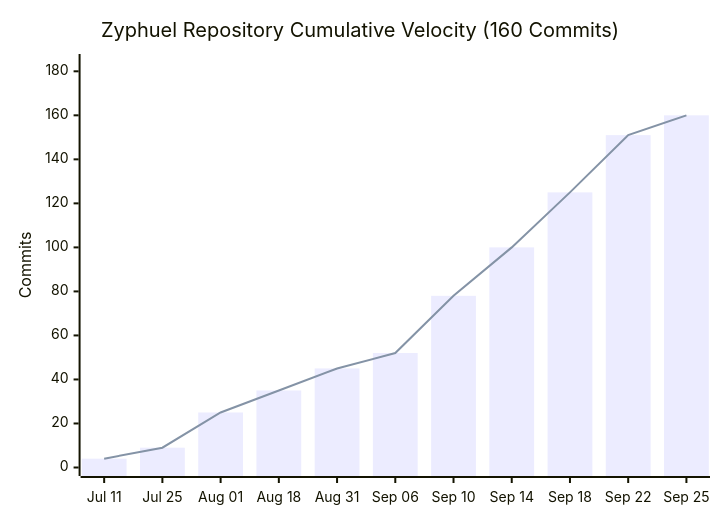
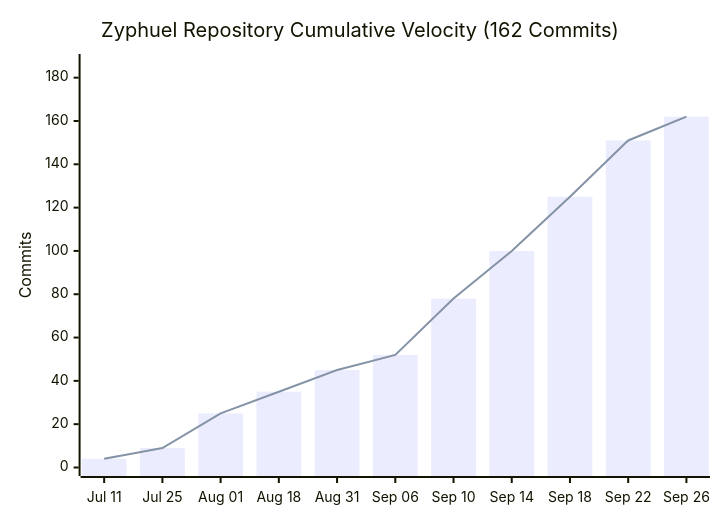
One commit to daniyal44/Zyphuel changed the diagram in README.md. Above: the diagram before and after it, drawn with Mermaid. The commit also changed other lines of this file and 43 other files, not shown here.

````diff
--- a/README.md
+++ b/README.md
@@ -155,8 +155,8 @@
 ```mermaid
 xychart-beta
-    title "Zyphuel Repository Cumulative Velocity (160 Commits)"
-    x-axis ["Jul 11", "Jul 25", "Aug 01", "Aug 18", "Aug 31", "Sep 06", "Sep 10", "Sep 14", "Sep 18", "Sep 22", "Sep 25"]
-    y-axis "Commits" 0 --> 184
-    bar [4, 9, 25, 35, 45, 52, 78, 100, 125, 151, 160]
-    line [4, 9, 25, 35, 45, 52, 78, 100, 125, 151, 160]
+    title "Zyphuel Repository Cumulative Velocity (162 Commits)"
+    x-axis ["Jul 11", "Jul 25", "Aug 01", "Aug 18", "Aug 31", "Sep 06", "Sep 10", "Sep 14", "Sep 18", "Sep 22", "Sep 26"]
+    y-axis "Commits" 0 --> 187
+    bar [4, 9, 25, 35, 45, 52, 78, 100, 125, 151, 162]
+    line [4, 9, 25, 35, 45, 52, 78, 100, 125, 151, 162]
 ```
````
